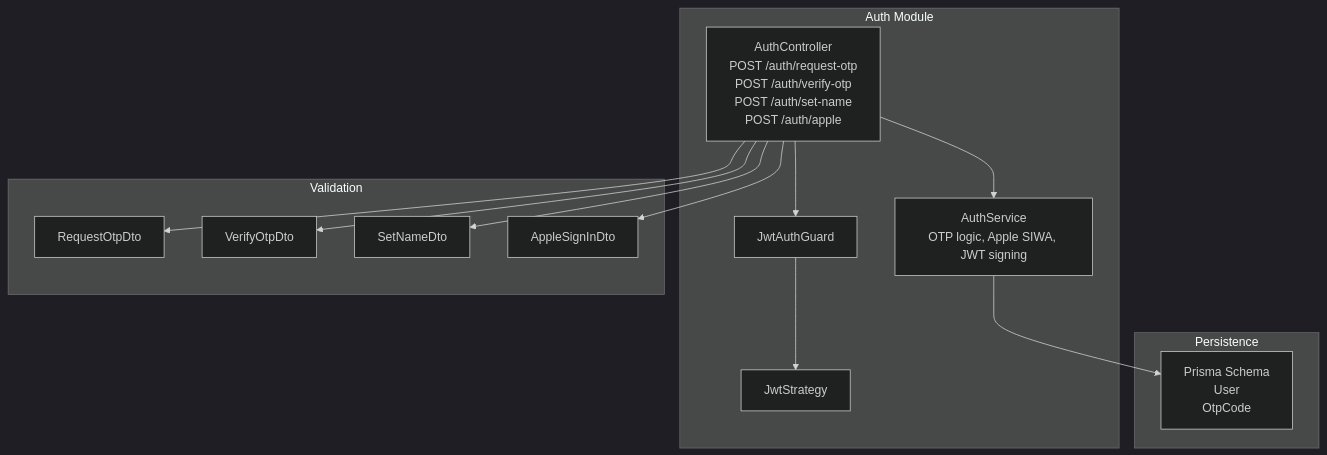
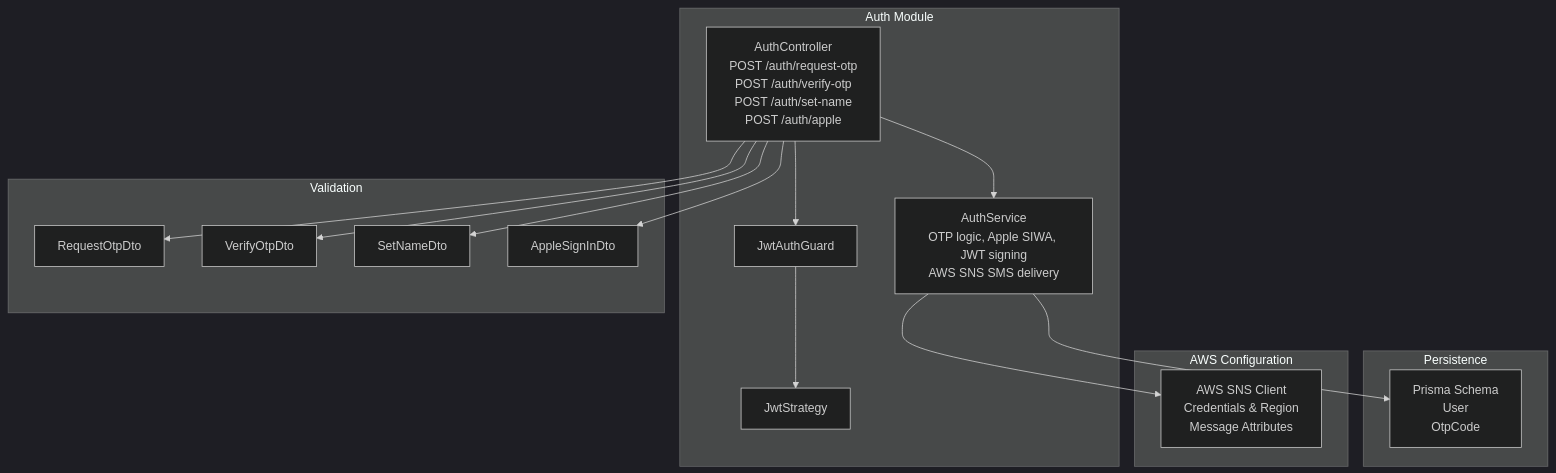
The first of 7 diagrams in .qoder/repowiki/en/content/API Reference/Authentication API.md (statgod6/4ever), drawn with Mermaid (dark theme) before and after one commit. The commit also changed other lines of this file and 116 other files, not shown here.

````diff
--- a/.qoder/repowiki/en/content/API Reference/Authentication API.md
+++ b/.qoder/repowiki/en/content/API Reference/Authentication API.md
@@ -38,26 +48,30 @@
 ```mermaid
 graph TB
 subgraph "Auth Module"
 AC["AuthController<br/>POST /auth/request-otp<br/>POST /auth/verify-otp<br/>POST /auth/set-name<br/>POST /auth/apple"]
-AS["AuthService<br/>OTP logic, Apple SIWA, JWT signing"]
+AS["AuthService<br/>OTP logic, Apple SIWA, JWT signing<br/>AWS SNS SMS delivery"]
 JG["JwtAuthGuard"]
 JS["JwtStrategy"]
 end
 subgraph "Validation"
 D1["RequestOtpDto"]
 D2["VerifyOtpDto"]
 D3["SetNameDto"]
 D4["AppleSignInDto"]
 end
 subgraph "Persistence"
 PRISMA["Prisma Schema<br/>User<br/>OtpCode"]
 end
+subgraph "AWS Configuration"
+AWS["AWS SNS Client<br/>Credentials & Region<br/>Message Attributes"]
+end
 AC --> AS
 AC --> JG
 AS --> PRISMA
+AS --> AWS
 AC --> D1
 AC --> D2
 AC --> D3
 AC --> D4
 JG --> JS
 ```
````
